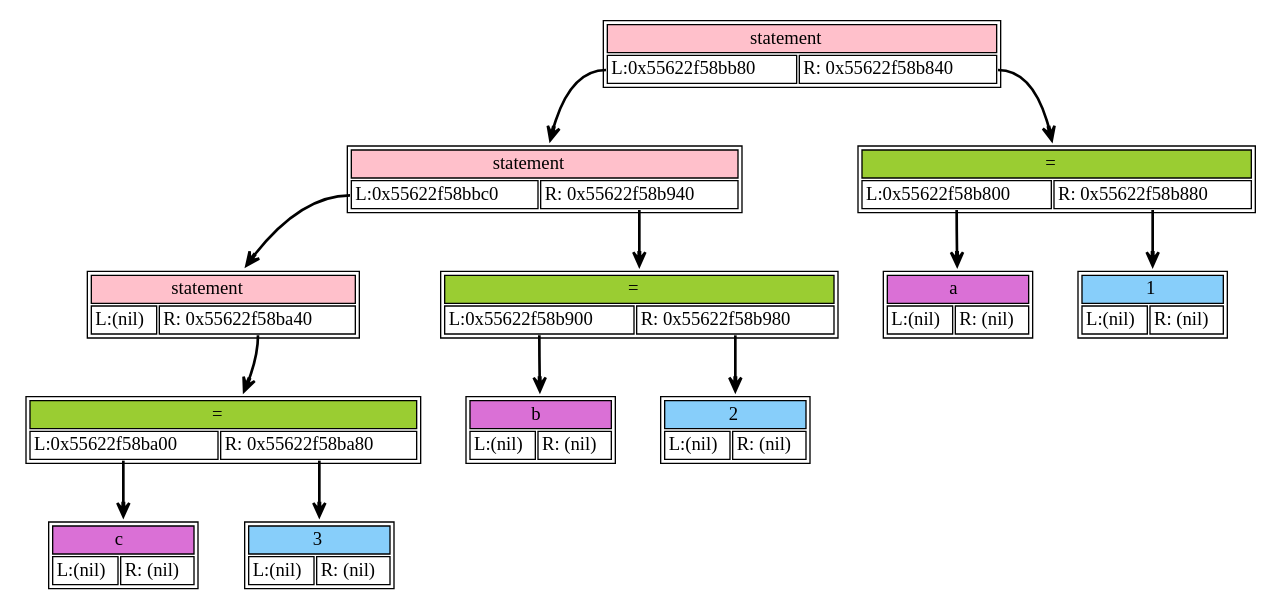
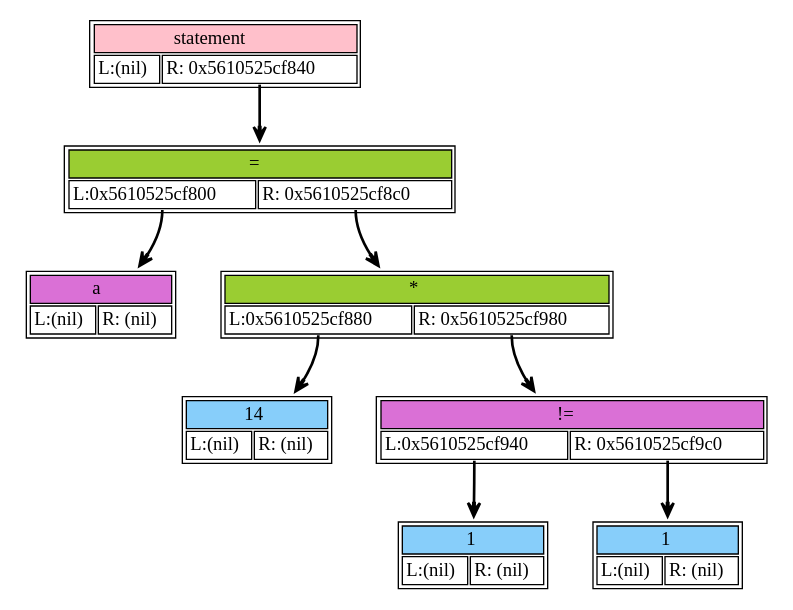
The diagram in dump/dump.dot (Varnike/language), drawn with Graphviz before and after one commit. The commit also changed 8 other files, not shown here.

```diff
--- a/dump/dump.dot
+++ b/dump/dump.dot
@@ -1,74 +1,50 @@
 digraph dump_graph {
 	rankdir=TV; 
-node0x55622f58bbc0 [shape=plaintext
+node0x5610525cfac0 [shape=plaintext
 					label=<<table border='1' cellborder='1'>
 			<tr><td colspan="2" bgcolor="pink" > statement</td></tr>
-					<tr><td port= "lchild">L:(nil)</td><td port="rchild">R: 0x55622f58ba40</td></tr>
+					<tr><td port= "lchild">L:(nil)</td><td port="rchild">R: 0x5610525cf840</td></tr>
 				</table>>];
-		node0x55622f58bbc0:rchild -> node0x55622f58ba40[style=bold, arrowhead=vee];
-node0x55622f58ba00 [shape=plaintext
-					label=<<table border='1' cellborder='1'>
-			<tr><td colspan="2" bgcolor="orchid" > c</td></tr>
-					<tr><td port= "lchild">L:(nil)</td><td port="rchild">R: (nil)</td></tr>
-				</table>>];
-node0x55622f58ba40 [shape=plaintext
-					label=<<table border='1' cellborder='1'>
-			<tr><td colspan="2" bgcolor="olivedrab3" > =</td></tr>
-					<tr><td port= "lchild">L:0x55622f58ba00</td><td port="rchild">R: 0x55622f58ba80</td></tr>
-				</table>>];
-		node0x55622f58ba40:lchild -> node0x55622f58ba00[style=bold, arrowhead=vee];
-		node0x55622f58ba40:rchild -> node0x55622f58ba80[style=bold, arrowhead=vee];
-node0x55622f58ba80 [shape=plaintext
-					label=<<table border='1' cellborder='1'>
-			<tr><td colspan="2" bgcolor="lightskyblue" >3</td></tr>
-					<tr><td port= "lchild">L:(nil)</td><td port="rchild">R: (nil)</td></tr>
-				</table>>];
-node0x55622f58bb80 [shape=plaintext
-					label=<<table border='1' cellborder='1'>
-			<tr><td colspan="2" bgcolor="pink" > statement</td></tr>
-					<tr><td port= "lchild">L:0x55622f58bbc0</td><td port="rchild">R: 0x55622f58b940</td></tr>
-				</table>>];
-		node0x55622f58bb80:lchild -> node0x55622f58bbc0[style=bold, arrowhead=vee];
-		node0x55622f58bb80:rchild -> node0x55622f58b940[style=bold, arrowhead=vee];
-node0x55622f58b900 [shape=plaintext
-					label=<<table border='1' cellborder='1'>
-			<tr><td colspan="2" bgcolor="orchid" > b</td></tr>
-					<tr><td port= "lchild">L:(nil)</td><td port="rchild">R: (nil)</td></tr>
-				</table>>];
-node0x55622f58b940 [shape=plaintext
-					label=<<table border='1' cellborder='1'>
-			<tr><td colspan="2" bgcolor="olivedrab3" > =</td></tr>
-					<tr><td port= "lchild">L:0x55622f58b900</td><td port="rchild">R: 0x55622f58b980</td></tr>
-				</table>>];
-		node0x55622f58b940:lchild -> node0x55622f58b900[style=bold, arrowhead=vee];
-		node0x55622f58b940:rchild -> node0x55622f58b980[style=bold, arrowhead=vee];
-node0x55622f58b980 [shape=plaintext
-					label=<<table border='1' cellborder='1'>
-			<tr><td colspan="2" bgcolor="lightskyblue" >2</td></tr>
-					<tr><td port= "lchild">L:(nil)</td><td port="rchild">R: (nil)</td></tr>
-				</table>>];
-node0x55622f58bb40 [shape=plaintext
-					label=<<table border='1' cellborder='1'>
-			<tr><td colspan="2" bgcolor="pink" > statement</td></tr>
-					<tr><td port= "lchild">L:0x55622f58bb80</td><td port="rchild">R: 0x55622f58b840</td></tr>
-				</table>>];
-		node0x55622f58bb40:lchild -> node0x55622f58bb80[style=bold, arrowhead=vee];
-		node0x55622f58bb40:rchild -> node0x55622f58b840[style=bold, arrowhead=vee];
-node0x55622f58b800 [shape=plaintext
+		node0x5610525cfac0:rchild -> node0x5610525cf840[style=bold, arrowhead=vee];
+node0x5610525cf800 [shape=plaintext
 					label=<<table border='1' cellborder='1'>
 			<tr><td colspan="2" bgcolor="orchid" > a</td></tr>
 					<tr><td port= "lchild">L:(nil)</td><td port="rchild">R: (nil)</td></tr>
 				</table>>];
-node0x55622f58b840 [shape=plaintext
+node0x5610525cf840 [shape=plaintext
 					label=<<table border='1' cellborder='1'>
 			<tr><td colspan="2" bgcolor="olivedrab3" > =</td></tr>
-					<tr><td port= "lchild">L:0x55622f58b800</td><td port="rchild">R: 0x55622f58b880</td></tr>
+					<tr><td port= "lchild">L:0x5610525cf800</td><td port="rchild">R: 0x5610525cf8c0</td></tr>
 				</table>>];
-		node0x55622f58b840:lchild -> node0x55622f58b800[style=bold, arrowhead=vee];
-		node0x55622f58b840:rchild -> node0x55622f58b880[style=bold, arrowhead=vee];
-node0x55622f58b880 [shape=plaintext
+		node0x5610525cf840:lchild -> node0x5610525cf800[style=bold, arrowhead=vee];
+		node0x5610525cf840:rchild -> node0x5610525cf8c0[style=bold, arrowhead=vee];
+node0x5610525cf880 [shape=plaintext
+					label=<<table border='1' cellborder='1'>
+			<tr><td colspan="2" bgcolor="lightskyblue" >14</td></tr>
+					<tr><td port= "lchild">L:(nil)</td><td port="rchild">R: (nil)</td></tr>
+				</table>>];
+node0x5610525cf8c0 [shape=plaintext
+					label=<<table border='1' cellborder='1'>
+			<tr><td colspan="2" bgcolor="olivedrab3" > *</td></tr>
+					<tr><td port= "lchild">L:0x5610525cf880</td><td port="rchild">R: 0x5610525cf980</td></tr>
+				</table>>];
+		node0x5610525cf8c0:lchild -> node0x5610525cf880[style=bold, arrowhead=vee];
+		node0x5610525cf8c0:rchild -> node0x5610525cf980[style=bold, arrowhead=vee];
+node0x5610525cf940 [shape=plaintext
+					label=<<table border='1' cellborder='1'>
+			<tr><td colspan="2" bgcolor="lightskyblue" >1</td></tr>
+					<tr><td port= "lchild">L:(nil)</td><td port="rchild">R: (nil)</td></tr>
+				</table>>];
+node0x5610525cf980 [shape=plaintext
+					label=<<table border='1' cellborder='1'>
+			<tr><td colspan="2" bgcolor="orchid" > !=</td></tr>
+					<tr><td port= "lchild">L:0x5610525cf940</td><td port="rchild">R: 0x5610525cf9c0</td></tr>
+				</table>>];
+		node0x5610525cf980:lchild -> node0x5610525cf940[style=bold, arrowhead=vee];
+		node0x5610525cf980:rchild -> node0x5610525cf9c0[style=bold, arrowhead=vee];
+node0x5610525cf9c0 [shape=plaintext
 					label=<<table border='1' cellborder='1'>
 			<tr><td colspan="2" bgcolor="lightskyblue" >1</td></tr>
 					<tr><td port= "lchild">L:(nil)</td><td port="rchild">R: (nil)</td></tr>
 				</table>>];
 }
```
